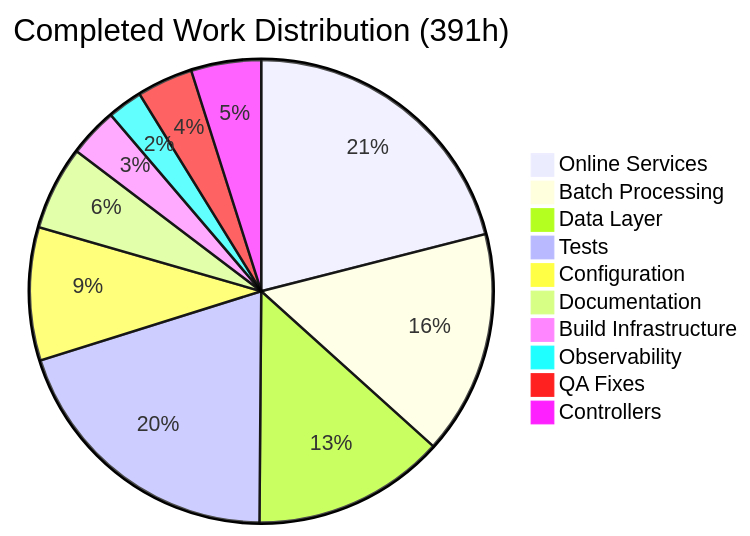
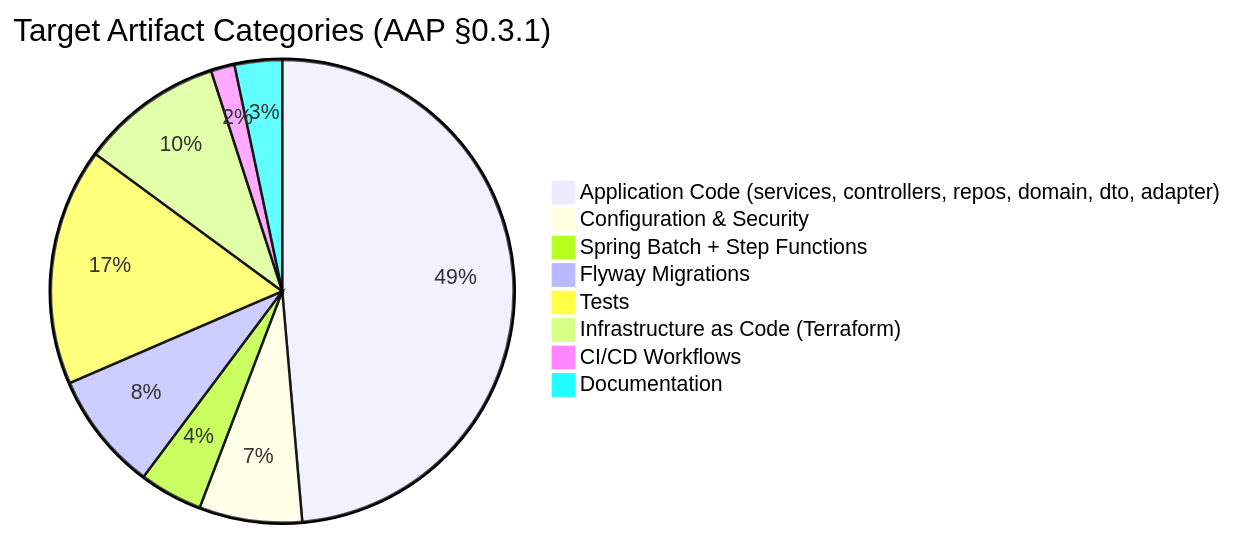
The third of 4 diagrams in docs/project-guide.md (Blitzy-Sandbox/blitzy-card-demo), drawn with Mermaid before and after one commit. The commit also changed other lines of this file, not shown here.

````diff
--- a/docs/project-guide.md
+++ b/docs/project-guide.md
@@ -259,13 +357,11 @@
 ```mermaid
-pie title Completed Work Distribution (391h)
-    "Online Services" : 86
-    "Batch Processing" : 64
-    "Data Layer" : 55
-    "Tests" : 82
-    "Configuration" : 38
-    "Documentation" : 24
-    "Build Infrastructure" : 14
-    "Observability" : 10
-    "QA Fixes" : 16
-    "Controllers" : 20
+pie title Target Artifact Categories (AAP §0.3.1)
+    "Application Code (services, controllers, repos, domain, dto, adapter)" : 88
+    "Configuration & Security" : 13
+    "Spring Batch + Step Functions" : 8
+    "Flyway Migrations" : 15
+    "Tests" : 30
+    "Infrastructure as Code (Terraform)" : 18
+    "CI/CD Workflows" : 3
+    "Documentation" : 6
 ```
````
